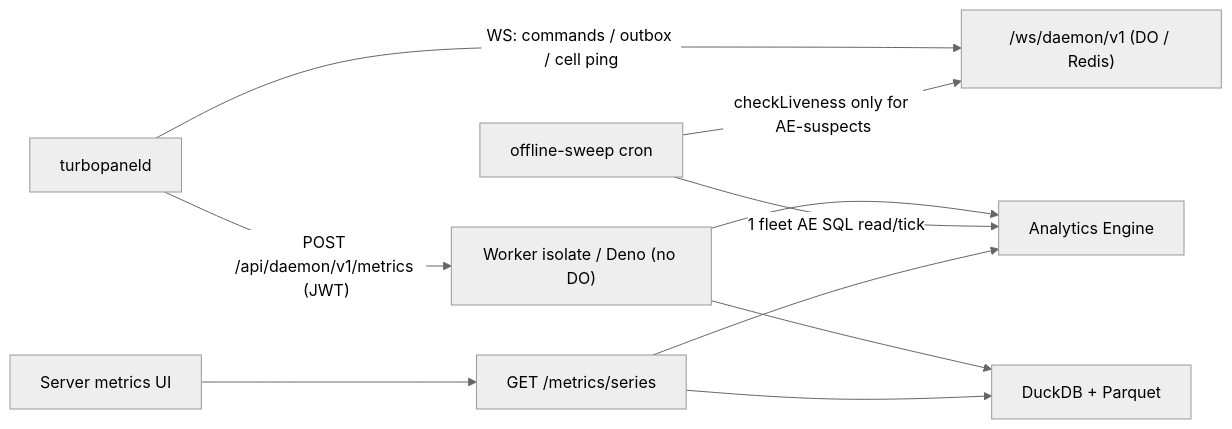
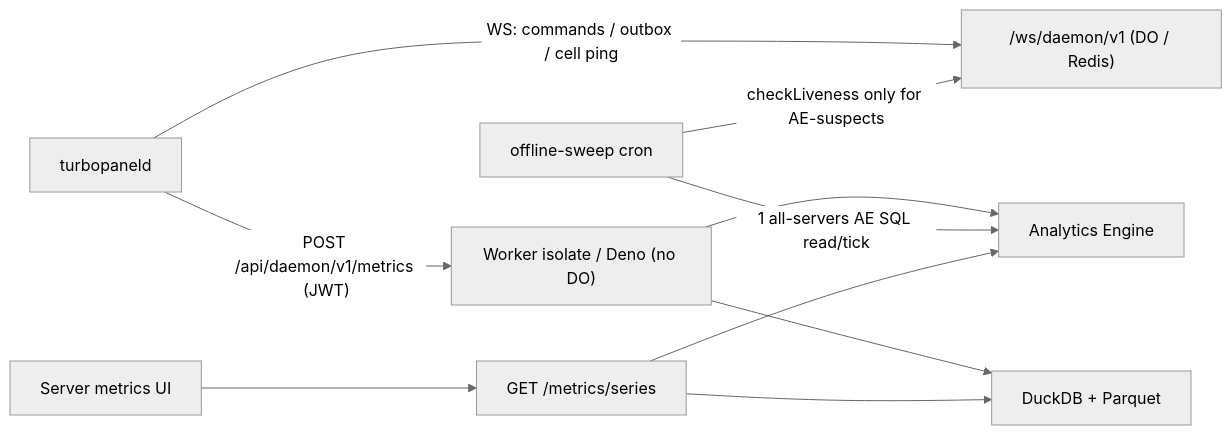
The diagram in docs/architecture/server-metrics.mdx (TurboPanel/website), drawn with Mermaid (neutral theme) before and after one commit. The commit also changed other lines of this file and 20 other files, not shown here.

Commit message:
docs: vocabulary sweep for architecture, security, metrics and database pages (#96)

````diff
--- a/docs/architecture/server-metrics.mdx
+++ b/docs/architecture/server-metrics.mdx
@@ -27,12 +27,12 @@
 ```mermaid
 graph LR
     Daemon["turbopaneld"] -->|"WS: commands / outbox / cell ping"| WS["/ws/daemon/v1 (DO / Redis)"]
     Daemon -->|"POST /api/daemon/v1/metrics (JWT)"| HTTP["Worker isolate / Deno (no DO)"]
     HTTP --> AE["Analytics Engine"]
     HTTP --> DuckDB["DuckDB + Parquet"]
-    Cron["offline-sweep cron"] -->|"1 fleet AE SQL read/tick"| AE
+    Cron["offline-sweep cron"] -->|"1 all-servers AE SQL read/tick"| AE
     Cron -->|"checkLiveness only for AE-suspects"| WS
     API["GET /metrics/series"] --> AE
     API --> DuckDB
     UI["Server metrics UI"] --> API
 ```
````
